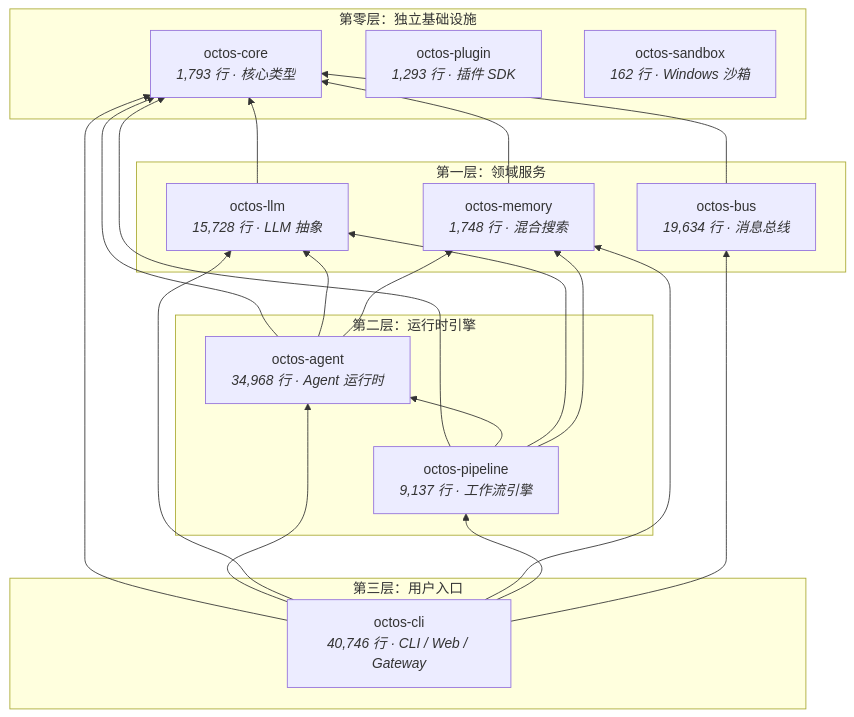
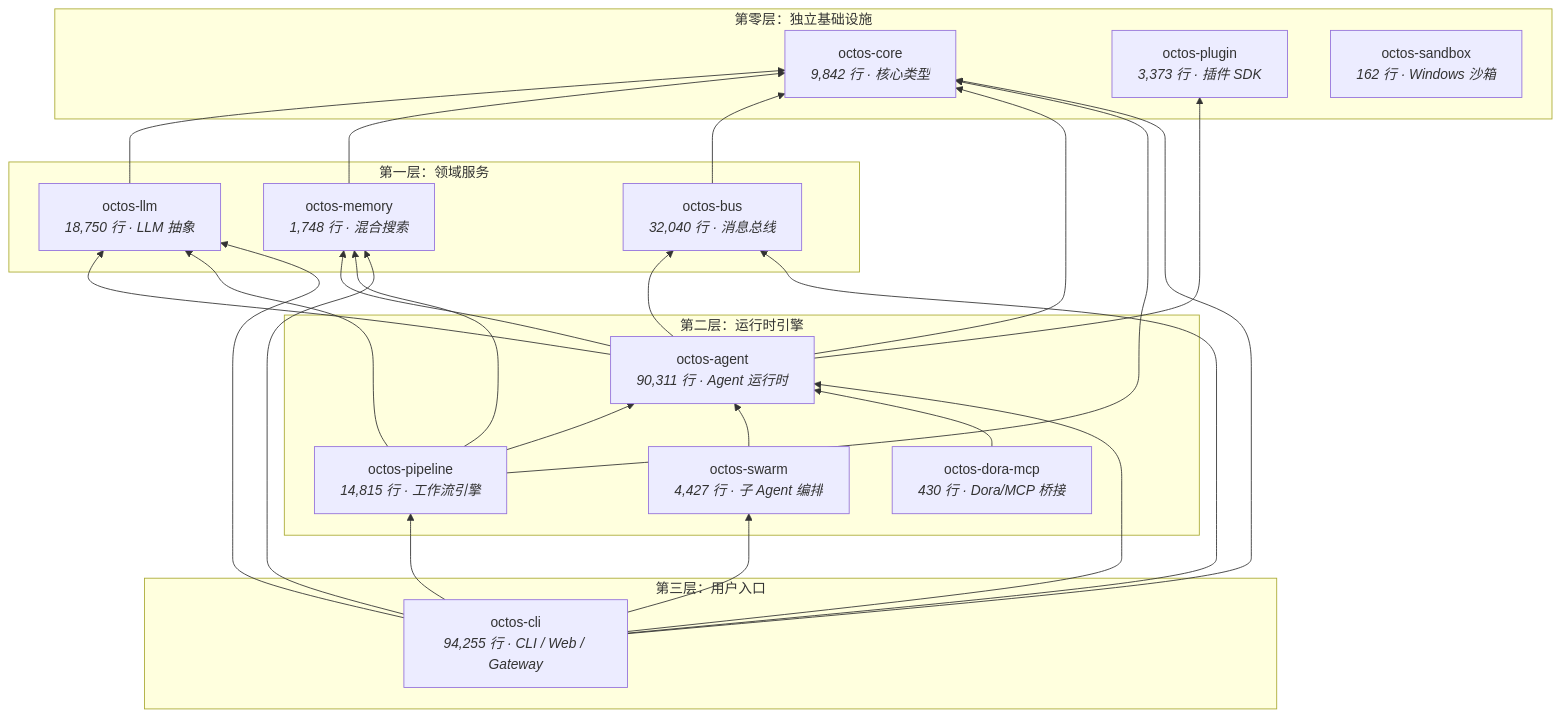
The diagram in book/src/part1/ch01.md (ZhangHanDong/octos-book), drawn with Mermaid before and after one commit. The commit also changed other lines of this file and 3 other files, not shown here.

````diff
--- a/book/src/part1/ch01.md
+++ b/book/src/part1/ch01.md
@@ -178,43 +180,51 @@
 ```mermaid
 graph BT
     subgraph "第零层：独立基础设施"
-        core["octos-core<br/><i>1,793 行 · 核心类型</i>"]
-        plugin["octos-plugin<br/><i>1,293 行 · 插件 SDK</i>"]
+        core["octos-core<br/><i>9,842 行 · 核心类型</i>"]
+        plugin["octos-plugin<br/><i>3,373 行 · 插件 SDK</i>"]
         sandbox["octos-sandbox<br/><i>162 行 · Windows 沙箱</i>"]
     end
 
     subgraph "第一层：领域服务"
-        llm["octos-llm<br/><i>15,728 行 · LLM 抽象</i>"]
+        llm["octos-llm<br/><i>18,750 行 · LLM 抽象</i>"]
         memory["octos-memory<br/><i>1,748 行 · 混合搜索</i>"]
-        bus["octos-bus<br/><i>19,634 行 · 消息总线</i>"]
+        bus["octos-bus<br/><i>32,040 行 · 消息总线</i>"]
     end
 
     subgraph "第二层：运行时引擎"
-        agent["octos-agent<br/><i>34,968 行 · Agent 运行时</i>"]
-        pipeline["octos-pipeline<br/><i>9,137 行 · 工作流引擎</i>"]
+        agent["octos-agent<br/><i>90,311 行 · Agent 运行时</i>"]
+        pipeline["octos-pipeline<br/><i>14,815 行 · 工作流引擎</i>"]
+        swarm["octos-swarm<br/><i>4,427 行 · 子 Agent 编排</i>"]
+        dora["octos-dora-mcp<br/><i>430 行 · Dora/MCP 桥接</i>"]
     end
 
     subgraph "第三层：用户入口"
-        cli["octos-cli<br/><i>40,746 行 · CLI / Web / Gateway</i>"]
+        cli["octos-cli<br/><i>94,255 行 · CLI / Web / Gateway</i>"]
     end
 
     llm --> core
     memory --> core
     bus --> core
 
     agent --> core
+    agent --> bus
     agent --> llm
     agent --> memory
+    agent --> plugin
 
     pipeline --> core
     pipeline --> agent
     pipeline --> llm
     pipeline --> memory
+
+    swarm --> agent
+    dora --> agent
 
     cli --> core
     cli --> agent
     cli --> llm
     cli --> memory
     cli --> pipeline
     cli --> bus
+    cli --> swarm
 ```
````
